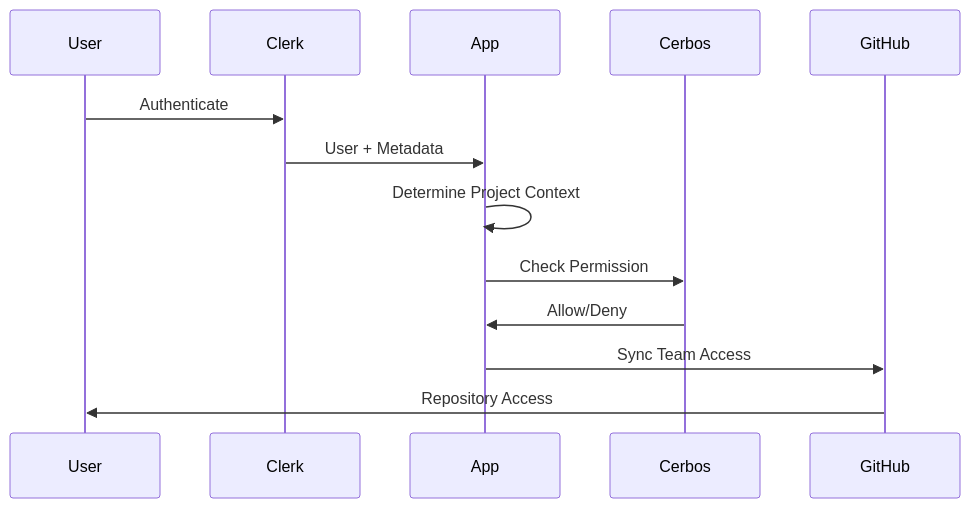
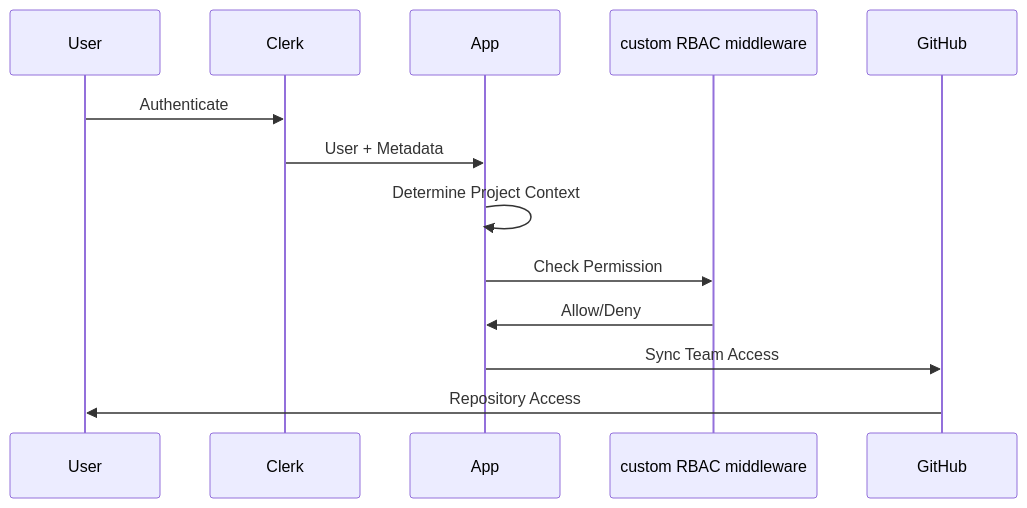
Before and after one commit to iflastandards/platform: the second of 3 diagrams in system-design-docs/16-projects-teams-review-groups-architecture.md, drawn with Mermaid. The commit also changed other lines of this file and 46 other files, not shown here.

````diff
--- a/system-design-docs/16-projects-teams-review-groups-architecture.md
+++ b/system-design-docs/16-projects-teams-review-groups-architecture.md
@@ -202,16 +202,16 @@
 ```mermaid
 sequenceDiagram
     participant User
     participant Clerk
     participant App
-    participant Cerbos
+    participant custom RBAC middleware
     participant GitHub
 
     User->>Clerk: Authenticate
     Clerk->>App: User + Metadata
     App->>App: Determine Project Context
-    App->>Cerbos: Check Permission
-    Cerbos->>App: Allow/Deny
+    App->>custom RBAC middleware: Check Permission
+    custom RBAC middleware->>App: Allow/Deny
     App->>GitHub: Sync Team Access
     GitHub->>User: Repository Access
 ```
````
